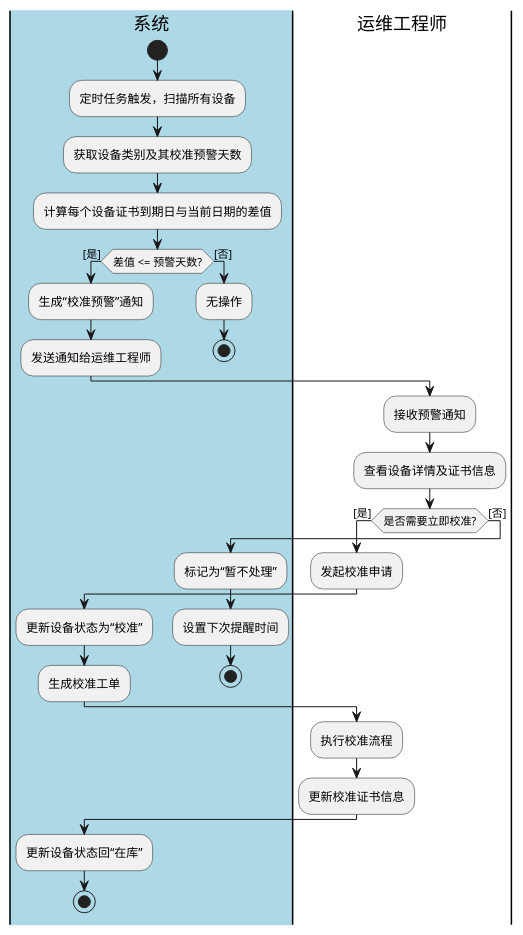
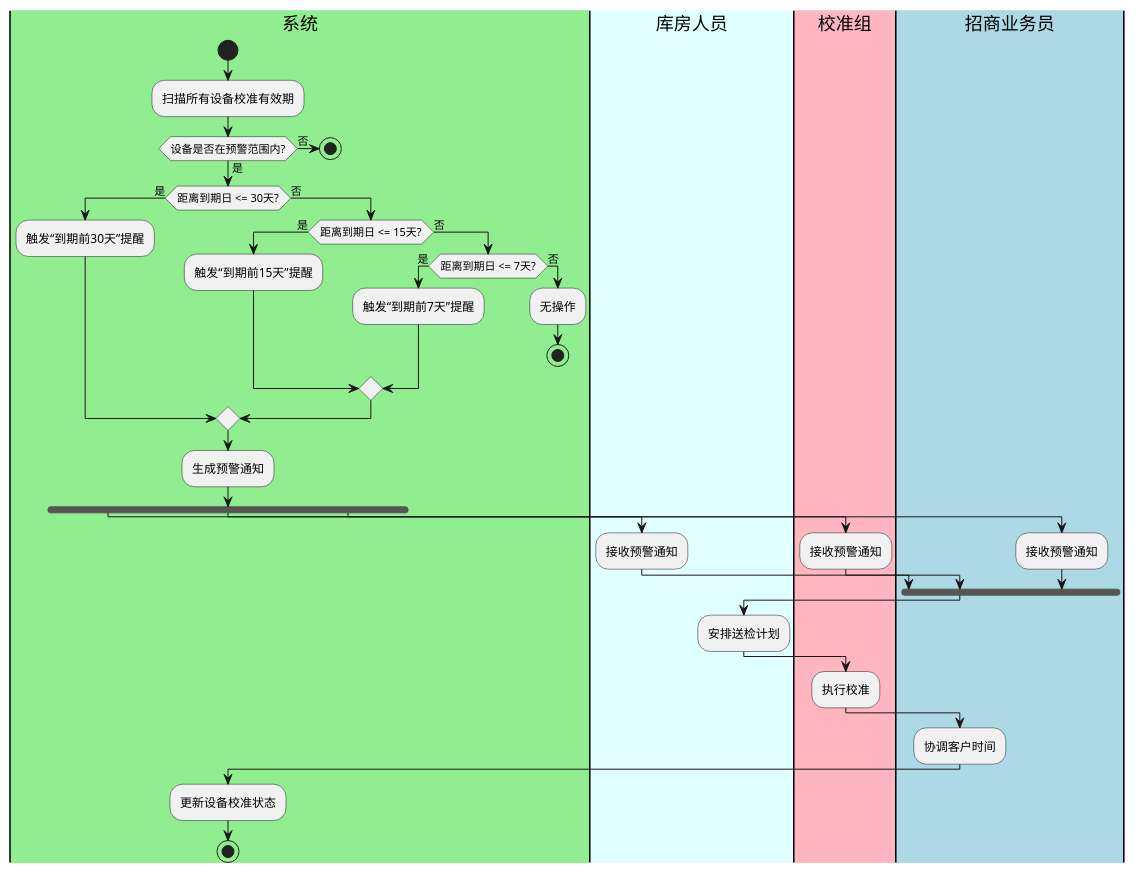
One commit to JiangHuanzhen/medical-device-rental-system changed the third of 5 diagrams in .claude/knowledge-base/wiki/summaries/行为模型图-20260626-v4.puml. Above: the diagram before and after it, drawn with PlantUML. The commit also changed other lines of this file and 223 other files, not shown here.

```diff
--- a/.claude/knowledge-base/wiki/summaries/行为模型图-20260626-v4.puml
+++ b/.claude/knowledge-base/wiki/summaries/行为模型图-20260626-v4.puml
@@ -89,34 +111,47 @@
 @startuml
-|#LightBlue|系统|
+|#LightGreen|系统|
 start
-:定时任务触发，扫描所有设备;
-:获取设备类别及其校准预警天数;
-:计算每个设备证书到期日与当前日期的差值;
-if (差值 <= 预警天数?) then ([是])
-  :生成“校准预警”通知;
-  :发送通知给运维工程师;
-else ([否])
-  :无操作;
-  stop
-endif
-|运维工程师|
-:接收预警通知;
-:查看设备详情及证书信息;
-if (是否需要立即校准?) then ([是])
-  :发起校准申请;
-  |#LightBlue|系统|
-  :更新设备状态为“校准”;
-  :生成校准工单;
-  |运维工程师|
-  :执行校准流程;
-  :更新校准证书信息;
-  |#LightBlue|系统|
-  :更新设备状态回“在库”;
-  stop
-else ([否])
-  :标记为“暂不处理”;
-  :设置下次提醒时间;
+:扫描所有设备校准有效期;
+if (设备是否在预警范围内?) then (是)
+  if (距离到期日 <= 30天?) then (是)
+    :触发“到期前30天”提醒;
+  else (否)
+    if (距离到期日 <= 15天?) then (是)
+      :触发“到期前15天”提醒;
+    else (否)
+      if (距离到期日 <= 7天?) then (是)
+        :触发“到期前7天”提醒;
+      else (否)
+        :无操作;
+        stop
+      endif
+    endif
+  endif
+else (否)
   stop
 endif
 
+|#LightGreen|系统|
+:生成预警通知;
+fork
+  |#LightCyan|库房人员|
+  :接收预警通知;
+  fork again
+  |#LightPink|校准组|
+  :接收预警通知;
+  fork again
+  |#LightBlue|招商业务员|
+  :接收预警通知;
+end fork
+
+|#LightCyan|库房人员|
+:安排送检计划;
+|#LightPink|校准组|
+:执行校准;
+|#LightBlue|招商业务员|
+:协调客户时间;
+|#LightGreen|系统|
+:更新设备校准状态;
+stop
+
 @enduml
```
